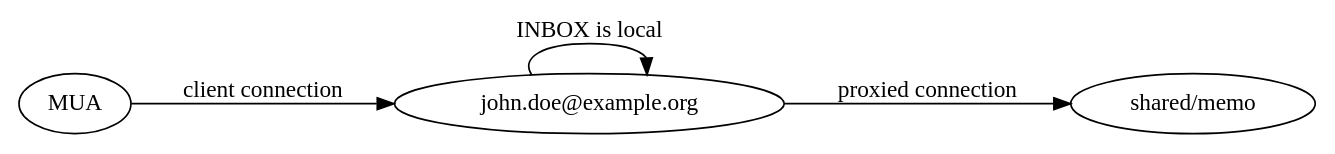
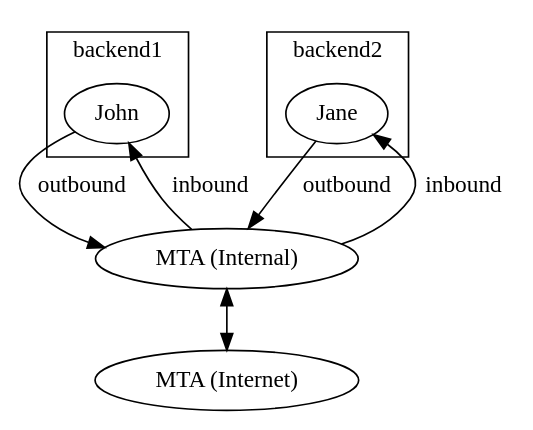
One commit to kanarip/kolab-docs changed the second of 2 diagrams in source/deployment-guide/cyrus-imap-murder-topologies.rst. Above: the diagram before and after it, drawn with Graphviz. The commit also changed other lines of this file and 1 other file, not shown here.

Commit message:
Update the deployment guide's index and Cyrus IMAP murder topologies section

```diff
--- a/source/deployment-guide/cyrus-imap-murder-topologies.rst
+++ b/source/deployment-guide/cyrus-imap-murder-topologies.rst
@@ -75,8 +116,17 @@
 .. graphviz::
 
-    digraph murder_unified {
-            rankdir=LR;
-            "MUA" -> "john.doe@example.org" [ label = "client connection" ];
-            "john.doe@example.org" -> "john.doe@example.org" [ label = "INBOX is local" ];
-            "john.doe@example.org" -> "shared/memo" [ label = "proxied connection" ];
+    digraph murder_discrete {
+            subgraph cluster_backend1 {
+                    label = "backend1";
+                    "John";
+                }
+
+            subgraph cluster_backend2 {
+                    label = "backend2";
+                    "Jane";
+                }
+
+            "MTA (Internal)" -> "John", "Jane" [label="inbound"];
+            "John", "Jane" -> "MTA (Internal)" [label="outbound"];
+            "MTA (Internal)" -> "MTA (Internet)" [dir=both];
         }
```
